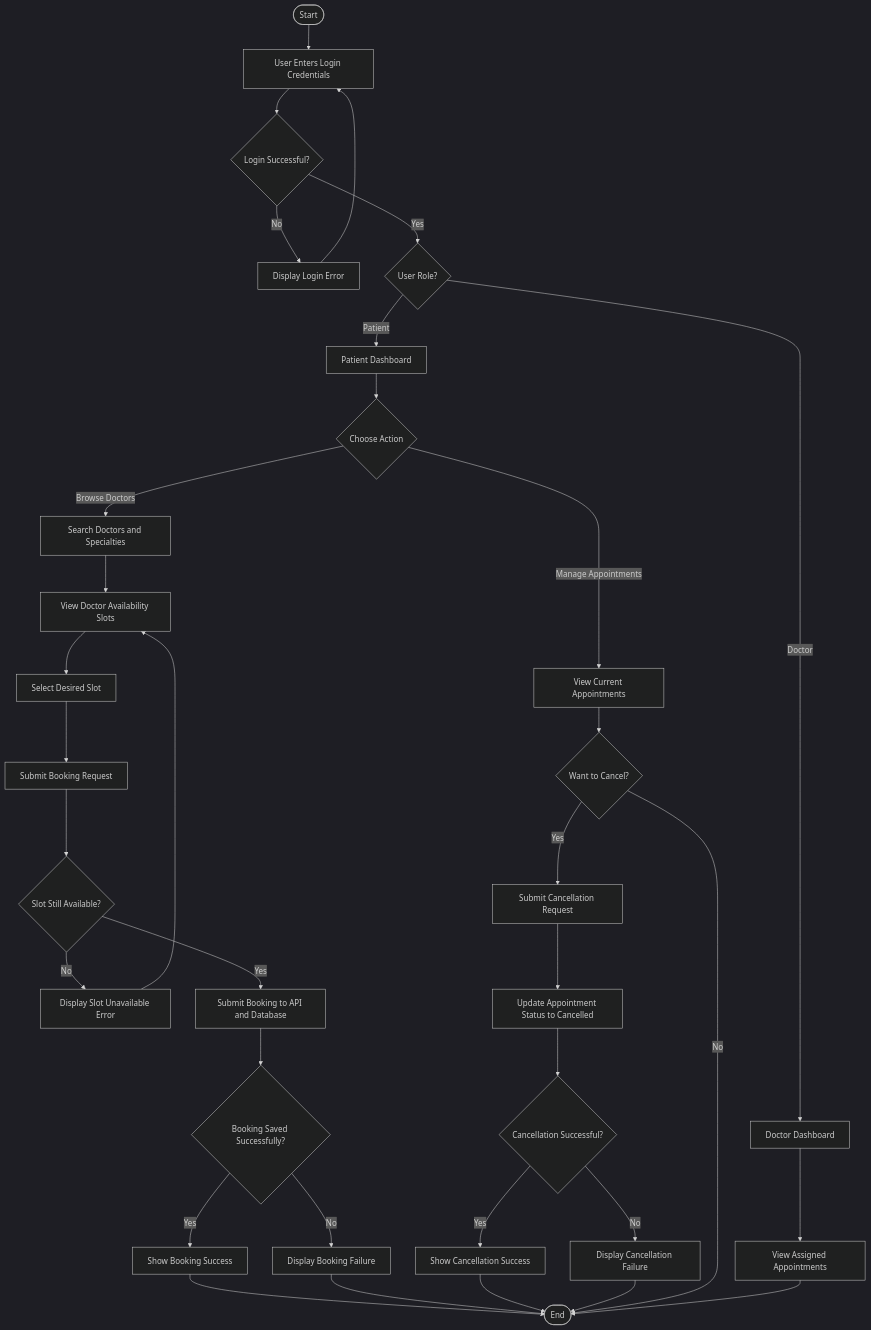
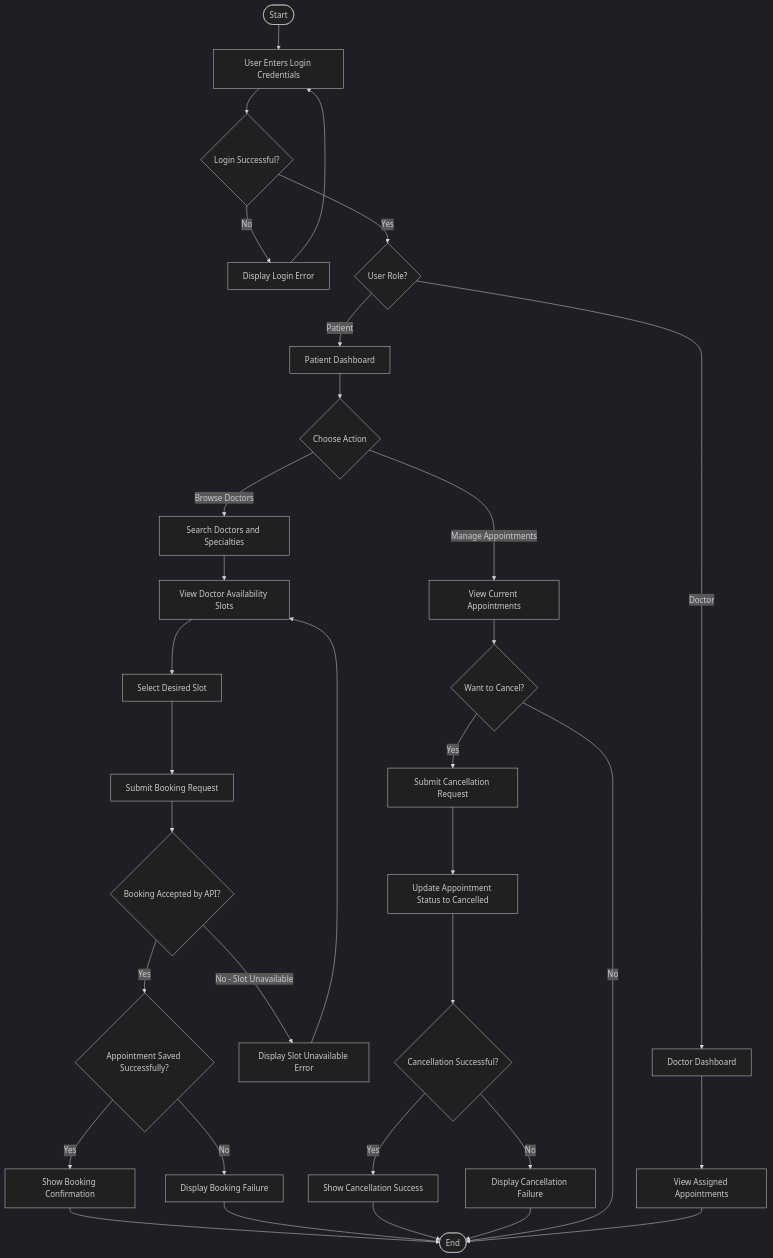
One commit to feloaref/scalable-telemedicine-platform changed the fourth of 6 diagrams in DATA_FLOW_DIAGRAMS.md. Above: the diagram before and after it, drawn with Mermaid (dark theme). The commit also changed other lines of this file, not shown here.

Commit message:
DATA_FLOW_DIAGRAMS.md

````diff
--- a/DATA_FLOW_DIAGRAMS.md
+++ b/DATA_FLOW_DIAGRAMS.md
@@ -113,47 +112,46 @@
 ```mermaid
 flowchart TD
     Start([Start]) --> Login[User Enters Login Credentials]
     Login --> Auth{Login Successful?}
 
     Auth -->|No| LoginError[Display Login Error]
     LoginError --> Login
 
     Auth -->|Yes| RoleCheck{User Role?}
 
     RoleCheck -->|Patient| PatientHome[Patient Dashboard]
     RoleCheck -->|Doctor| DoctorHome[Doctor Dashboard]
 
     PatientHome --> Action{Choose Action}
 
     Action -->|Browse Doctors| Search[Search Doctors and Specialties]
     Search --> ViewSlots[View Doctor Availability Slots]
     ViewSlots --> SelectSlot[Select Desired Slot]
     SelectSlot --> BookReq[Submit Booking Request]
-    BookReq --> CheckSlot{Slot Still Available?}
+    BookReq --> CheckSlot{Booking Accepted by API?}
 
-    CheckSlot -->|No| ErrorMsg[Display Slot Unavailable Error]
+    CheckSlot -->|No - Slot Unavailable| ErrorMsg[Display Slot Unavailable Error]
     ErrorMsg --> ViewSlots
 
-    CheckSlot -->|Yes| SaveDB[Submit Booking to API and Database]
-    SaveDB --> SaveSuccess{Booking Saved Successfully?}
-    SaveSuccess -->|Yes| Confirm[Show Booking Success]
+    CheckSlot -->|Yes| SaveSuccess{Appointment Saved Successfully?}
+    SaveSuccess -->|Yes| Confirm[Show Booking Confirmation]
     SaveSuccess -->|No| BookingError[Display Booking Failure]
     Confirm --> End([End])
     BookingError --> End
 
     Action -->|Manage Appointments| ViewApp[View Current Appointments]
     ViewApp --> CancelChoice{Want to Cancel?}
 
     CancelChoice -->|Yes| CancelReq[Submit Cancellation Request]
     CancelReq --> CancelDB[Update Appointment Status to Cancelled]
     CancelDB --> CancelSuccess{Cancellation Successful?}
     CancelSuccess -->|Yes| CancelConfirm[Show Cancellation Success]
     CancelSuccess -->|No| CancelError[Display Cancellation Failure]
     CancelConfirm --> End
     CancelError --> End
 
     CancelChoice -->|No| End
 
     DoctorHome --> DocView[View Assigned Appointments]
     DocView --> End
 ```
````
